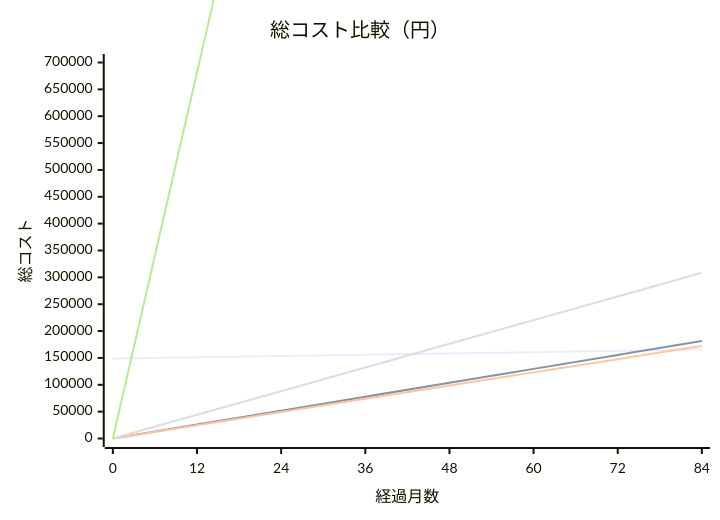
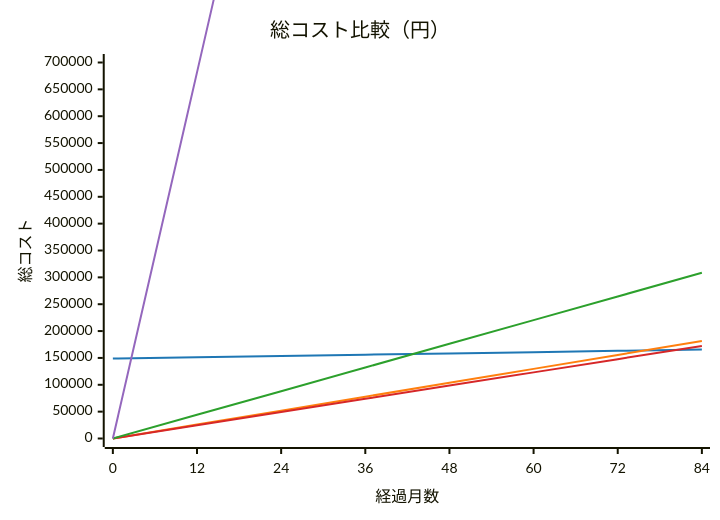
One commit to ot-nemoto/auto-pilot-g4 changed the diagram in docs/infrastructure-comparison.md. Above: the diagram before and after it, drawn with Mermaid. The commit also changed other lines of this file, not shown here.

````diff
--- a/docs/infrastructure-comparison.md
+++ b/docs/infrastructure-comparison.md
@@ -26,11 +26,12 @@
 ```mermaid
+%%{init: {'theme': 'base', 'themeVariables': {'xyChart': {'plotColorPalette': '#1f77b4,#ff7f0e,#d62728,#2ca02c,#9467bd'}}}}%%
 xychart-beta
     title "総コスト比較（円）"
     x-axis "経過月数" [0, 12, 24, 36, 48, 60, 72, 84]
     y-axis "総コスト" 0 --> 700000
     line "Mac mini" [148800, 151200, 153600, 156000, 158400, 160800, 163200, 165600]
     line "Vast.ai" [0, 25920, 51840, 77760, 103680, 129600, 155520, 181440]
     line "AWS Spot" [0, 24624, 49248, 73872, 98496, 123120, 147744, 172368]
     line "RunPod" [0, 44064, 88128, 132192, 176256, 220320, 264384, 308448]
     line "AWS On-demand" [0, 681600, 1363200, 2044800, 2726400, 3408000, 4089600, 4771200]
 ```
````
